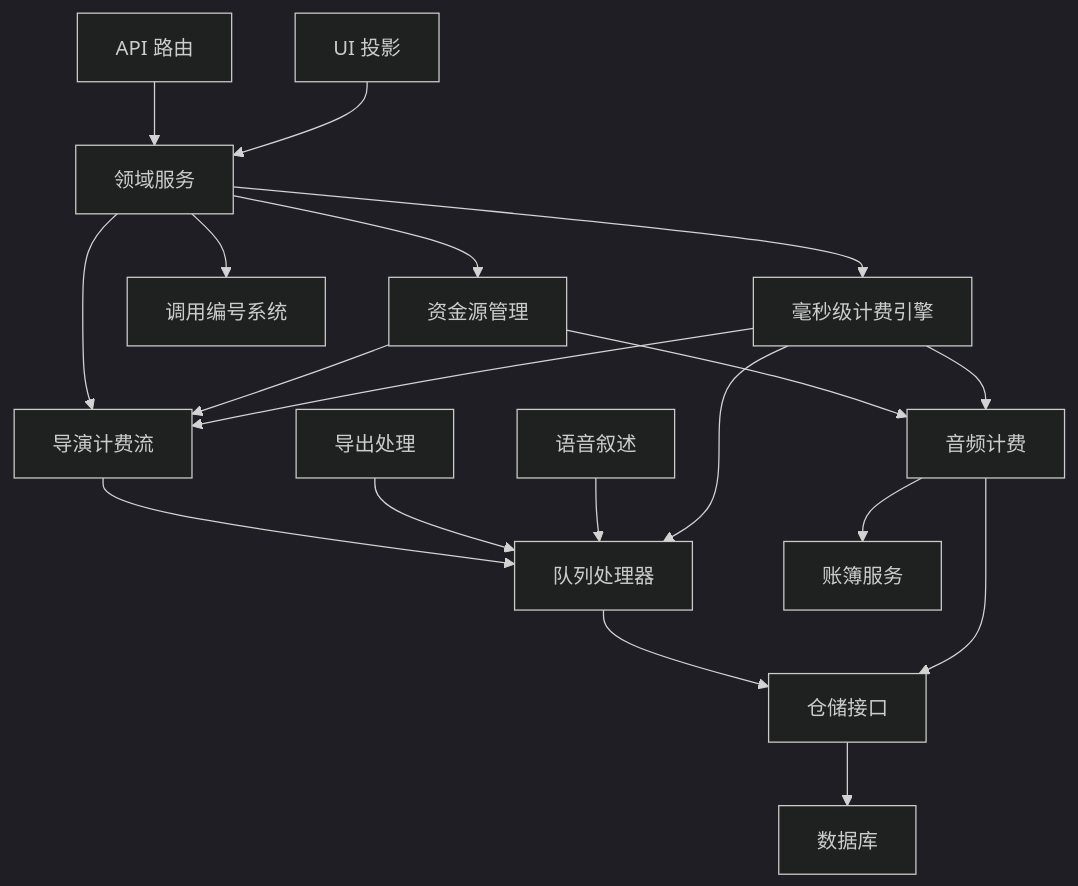
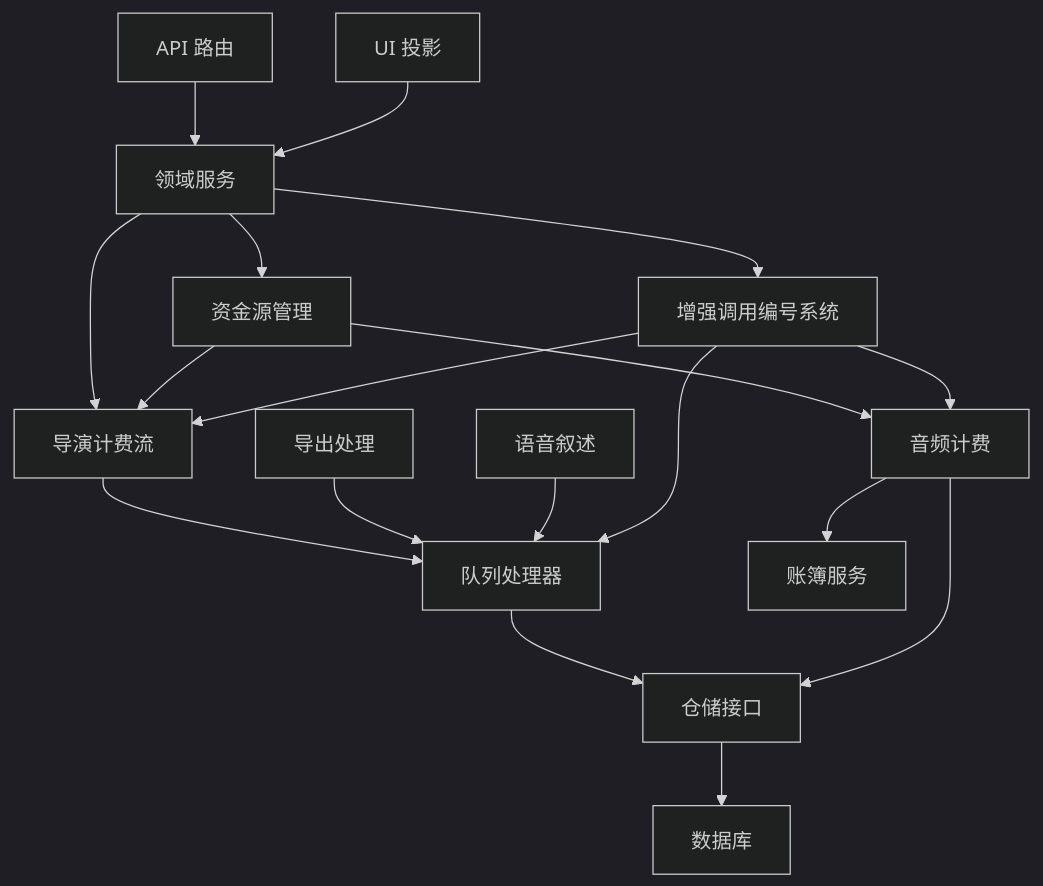
Diagram 15 of 15 in .qoder/repowiki/zh/content/项目概述/计费配置/计费和会计账簿系统.md (scottcwy/PurpleInk), drawn with Mermaid (dark theme) before and after one commit. The commit also changed other lines of this file and 29 other files, not shown here.

````diff
--- a/.qoder/repowiki/zh/content/项目概述/计费配置/计费和会计账簿系统.md
+++ b/.qoder/repowiki/zh/content/项目概述/计费配置/计费和会计账簿系统.md
@@ -713,21 +689,20 @@
 ```mermaid
 graph TB
 API["API 路由"] --> Domain["领域服务"]
-Domain --> MillisecondEngine["毫秒级计费引擎"]
-Domain --> Invocation["调用编号系统"]
+Domain --> EnhancedInvocation["增强调用编号系统"]
 Domain --> Stream["导演计费流"]
 Domain --> Funding["资金源管理"]
 Stream --> Queue["队列处理器"]
 Queue --> Repo["仓储接口"]
 Repo --> DB["数据库"]
 UI["UI 投影"] --> Domain
 Audio["音频计费"] --> Repo
 Audio --> Ledger["账簿服务"]
 Export["导出处理"] --> Queue
 Narration["语音叙述"] --> Queue
 Funding --> Audio
 Funding --> Stream
-MillisecondEngine --> Audio
-MillisecondEngine --> Stream
-MillisecondEngine --> Queue
+EnhancedInvocation --> Audio
+EnhancedInvocation --> Stream
+EnhancedInvocation --> Queue
 ```
````
